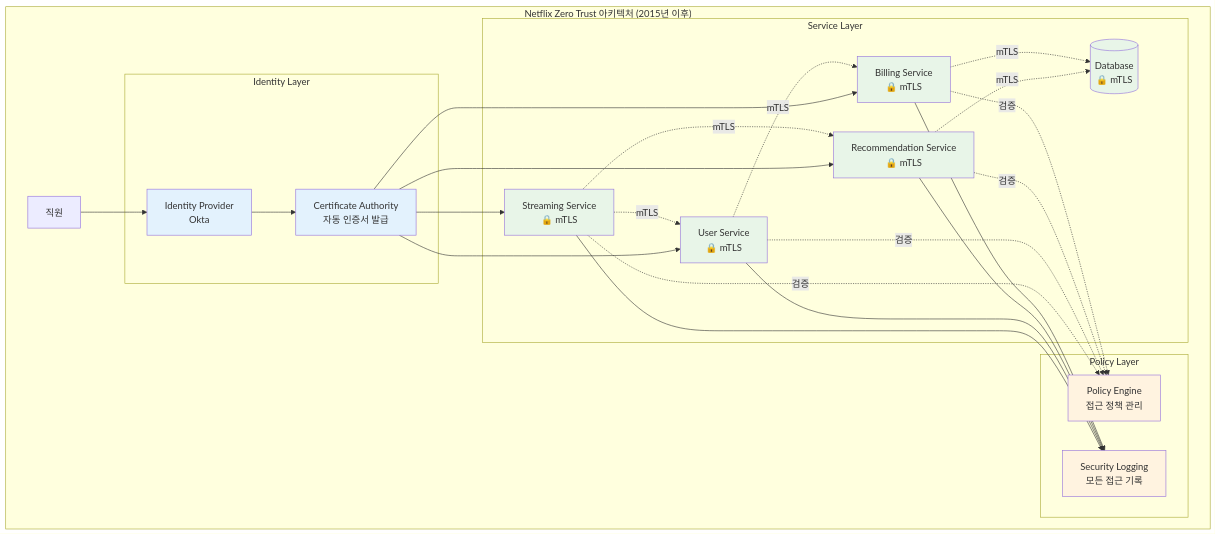
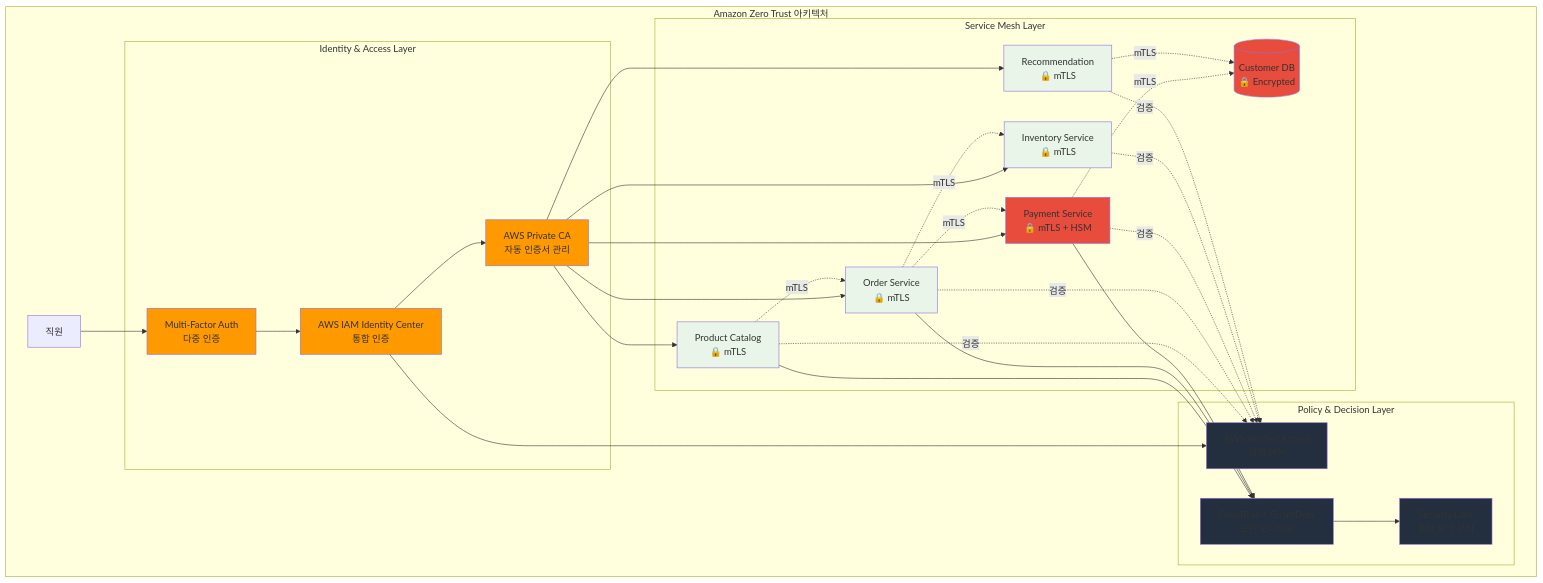
The fifth of 9 diagrams in theory/week_04/day3/session_1.md (niceguy61/kdt_devops_lecture_2025), drawn with Mermaid before and after one commit. The commit also changed other lines of this file, not shown here.

Commit message:
netflix to amazon.com

````diff
--- a/theory/week_04/day3/session_1.md
+++ b/theory/week_04/day3/session_1.md
@@ -263,55 +266,66 @@
 ```mermaid
 graph TB
-    subgraph "Netflix Zero Trust 아키텍처 (2015년 이후)"
-        subgraph "Identity Layer"
-            IDP[Identity Provider<br/>Okta]
-            CERT[Certificate Authority<br/>자동 인증서 발급]
+    subgraph "Amazon Zero Trust 아키텍처"
+        subgraph "Identity & Access Layer"
+            IDP[AWS IAM Identity Center<br/>통합 인증]
+            CERT[AWS Private CA<br/>자동 인증서 관리]
+            MFA[Multi-Factor Auth<br/>다중 인증]
         end
         
-        subgraph "Policy Layer"
-            PE[Policy Engine<br/>접근 정책 관리]
-            LOG[Security Logging<br/>모든 접근 기록]
+        subgraph "Policy & Decision Layer"
+            PE[AWS Verified Access<br/>정책 엔진]
+            LOG[CloudTrail + GuardDuty<br/>보안 모니터링]
+            SIEM[Security Lake<br/>통합 로그 분석]
         end
         
-        subgraph "Service Layer"
-            MS1[Streaming Service<br/>🔒 mTLS]
-            MS2[User Service<br/>🔒 mTLS]
-            MS3[Recommendation Service<br/>🔒 mTLS]
-            MS4[Billing Service<br/>🔒 mTLS]
-            DB[(Database<br/>🔒 mTLS)]
+        subgraph "Service Mesh Layer"
+            MS1[Product Catalog<br/>🔒 mTLS]
+            MS2[Order Service<br/>🔒 mTLS]
+            MS3[Payment Service<br/>🔒 mTLS + HSM]
+            MS4[Inventory Service<br/>🔒 mTLS]
+            MS5[Recommendation<br/>🔒 mTLS]
+            DB[(Customer DB<br/>🔒 Encrypted)]
         end
         
-        EMP[직원] --> IDP
+        EMP[직원] --> MFA
+        MFA --> IDP
         IDP --> CERT
+        IDP --> PE
+        
         CERT --> MS1
         CERT --> MS2
         CERT --> MS3
         CERT --> MS4
+        CERT --> MS5
         
         MS1 -.검증.-> PE
         MS2 -.검증.-> PE
         MS3 -.검증.-> PE
         MS4 -.검증.-> PE
+        MS5 -.검증.-> PE
         
         MS1 -.mTLS.-> MS2
-        MS1 -.mTLS.-> MS3
+        MS2 -.mTLS.-> MS3
         MS2 -.mTLS.-> MS4
         MS3 -.mTLS.-> DB
-        MS4 -.mTLS.-> DB
+        MS5 -.mTLS.-> DB
         
         MS1 --> LOG
         MS2 --> LOG
         MS3 --> LOG
-        MS4 --> LOG
+        LOG --> SIEM
     end
     
-    style IDP fill:#e3f2fd
-    style CERT fill:#e3f2fd
-    style PE fill:#fff3e0
-    style LOG fill:#fff3e0
+    style IDP fill:#ff9900
+    style CERT fill:#ff9900
+    style MFA fill:#ff9900
+    style PE fill:#232f3e
+    style LOG fill:#232f3e
+    style SIEM fill:#232f3e
     style MS1 fill:#e8f5e8
     style MS2 fill:#e8f5e8
-    style MS3 fill:#e8f5e8
+    style MS3 fill:#e74c3c
     style MS4 fill:#e8f5e8
-    style DB fill:#e8f5e8
+    style MS5 fill:#e8f5e8
+    style DB fill:#e74c3c
 ```
````
